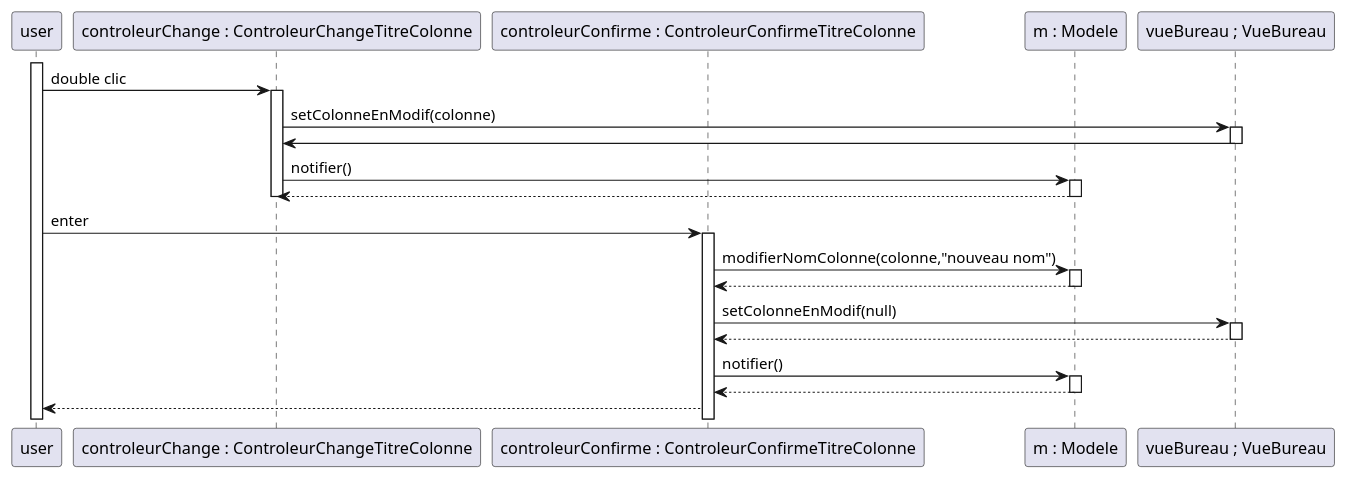
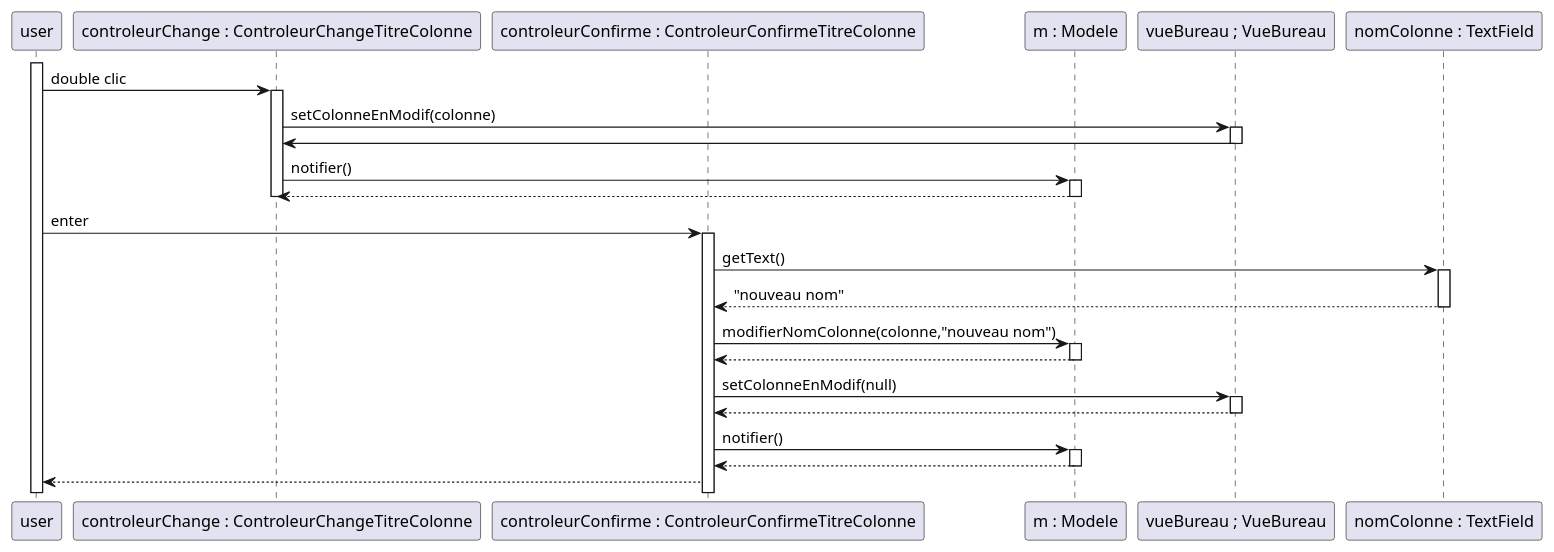
The diagram in Ollert_QDEV/diagrammes/iteration3/DiagrammeChangerNomColonneVueBureau.puml (AlexanderCARNET/SAE_3_01_dev_application), drawn with PlantUML before and after one commit.

Commit message:
[UPDATE] modif du diagramme de sequence du changement du nom d'une colonne sur la vueBureau

```diff
--- a/Ollert_QDEV/diagrammes/iteration3/DiagrammeChangerNomColonneVueBureau.puml
+++ b/Ollert_QDEV/diagrammes/iteration3/DiagrammeChangerNomColonneVueBureau.puml
@@ -1,41 +1,47 @@
 @startuml
 'https://plantuml.com/sequence-diagram
 
 participant user
 participant "controleurChange : ControleurChangeTitreColonne" as CChange
 participant "controleurConfirme : ControleurConfirmeTitreColonne" as CConfirme
 participant "m : Modele" as m
 participant "vueBureau ; VueBureau" as VB
+participant "nomColonne : TextField" as t
 
 activate user
 user -> CChange : double clic
 activate CChange
 CChange -> VB : setColonneEnModif(colonne)
 activate VB
 VB -> CChange
 deactivate VB
 CChange -> m : notifier()
 activate m
 m --> CChange
 deactivate m
 deactivate CChange
 
 user -> CConfirme : enter
+activate CConfirme
 
-activate CConfirme
+CConfirme -> t : getText()
+activate t
+t --> CConfirme : "nouveau nom"
+deactivate t
+
 CConfirme -> m : modifierNomColonne(colonne,"nouveau nom")
 activate m
 m--> CConfirme
 deactivate m
 CConfirme -> VB : setColonneEnModif(null)
 activate VB
 VB --> CConfirme
 deactivate VB
 CConfirme -> m : notifier()
 activate m
 m--> CConfirme
 deactivate m
 CConfirme --> user
 
 
 @enduml
```
